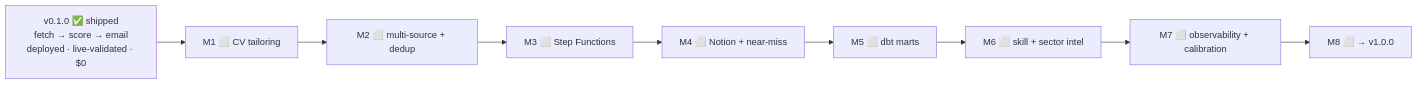
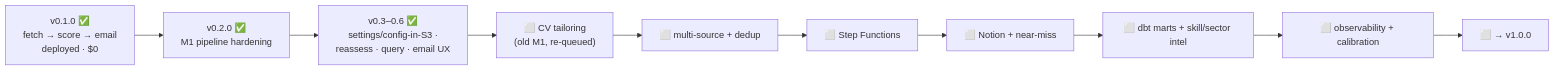
Before and after one commit to tarigelamin1997/jobfetcher: the third of 3 diagrams in README.md, drawn with Mermaid. The commit also changed other lines of this file and 8 other files, not shown here.

````diff
--- a/README.md
+++ b/README.md
@@ -164,11 +185,12 @@
 ```mermaid
 flowchart LR
-  v0["v0.1.0 ✅ shipped<br/>fetch → score → email<br/>deployed · live-validated · $0"] --> M1["M1 ⬜ CV tailoring"]
-  M1 --> M2["M2 ⬜ multi-source + dedup"]
-  M2 --> M3["M3 ⬜ Step Functions"]
-  M3 --> M4["M4 ⬜ Notion + near-miss"]
-  M4 --> M5["M5 ⬜ dbt marts"]
-  M5 --> M6["M6 ⬜ skill + sector intel"]
-  M6 --> M7["M7 ⬜ observability + calibration"]
-  M7 --> M8["M8 ⬜ → v1.0.0"]
+  v0["v0.1.0 ✅<br/>fetch → score → email<br/>deployed · $0"] --> M1["v0.2.0 ✅<br/>M1 pipeline hardening"]
+  M1 --> S["v0.3–0.6 ✅<br/>settings/config-in-S3 ·<br/>reassess · query · email UX"]
+  S --> CV["⬜ CV tailoring<br/>(old M1, re-queued)"]
+  CV --> M2["⬜ multi-source + dedup"]
+  M2 --> M3["⬜ Step Functions"]
+  M3 --> M4["⬜ Notion + near-miss"]
+  M4 --> M5["⬜ dbt marts + skill/sector intel"]
+  M5 --> M7["⬜ observability + calibration"]
+  M7 --> M8["⬜ → v1.0.0"]
 ```
````
